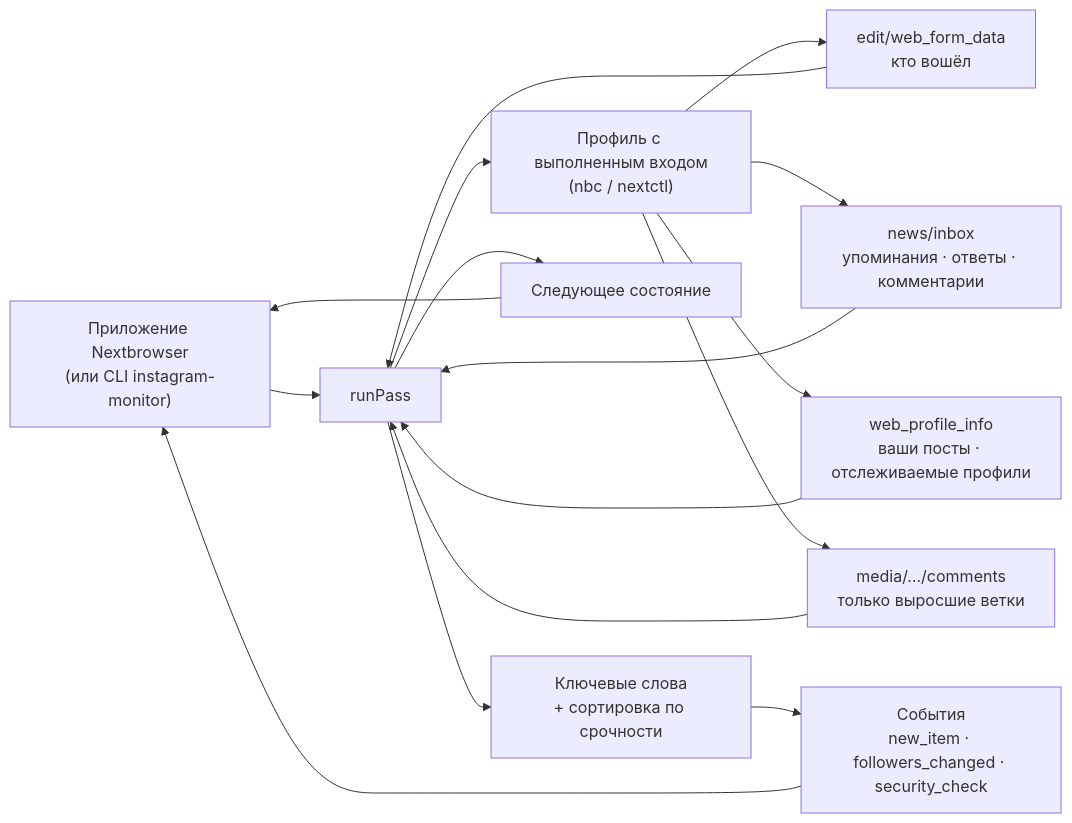
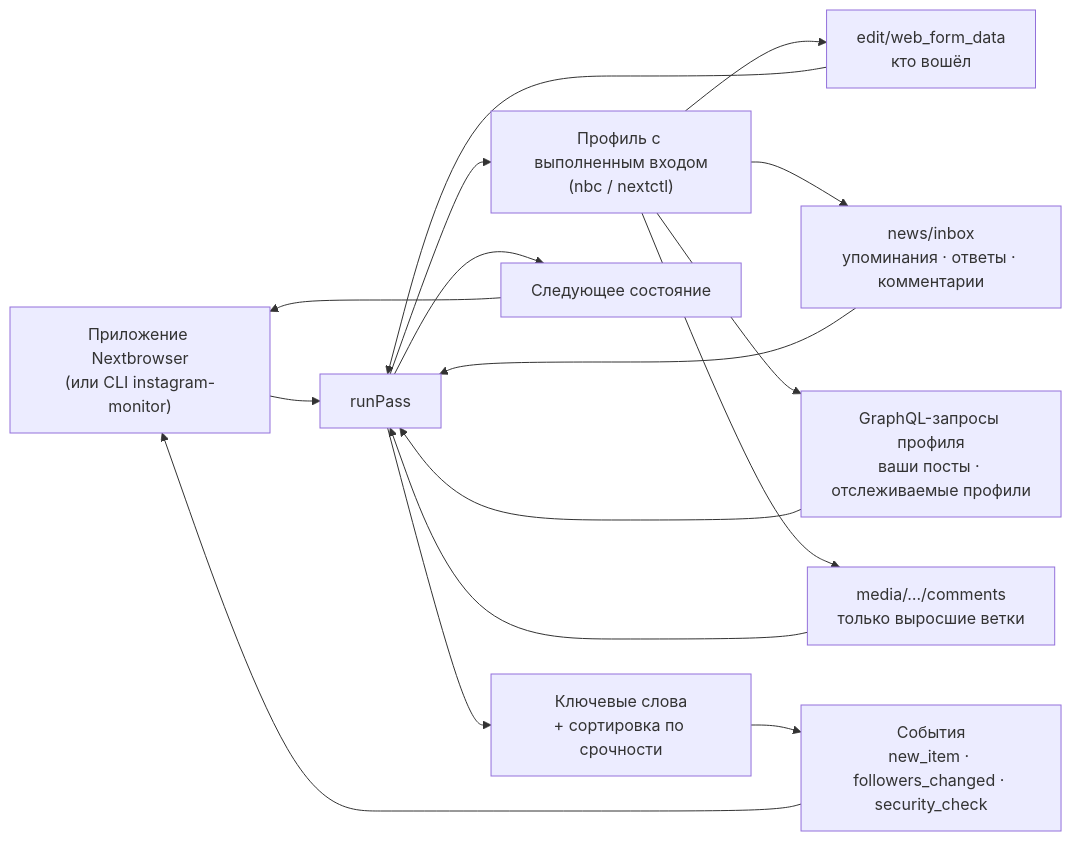
One commit to nextbrowser-oss/nextbrowser-instagram-monitoring changed the diagram in docs/i18n/ru/README.md. Above: the diagram before and after it, drawn with Mermaid. The commit also changed 7 other files, not shown here.

First line of the commit message:
fix: read profiles and tagged posts through Instagram's GraphQL queries

````diff
--- a/docs/i18n/ru/README.md
+++ b/docs/i18n/ru/README.md
@@ -159,18 +159,18 @@
 ```mermaid
 flowchart LR
   App["Приложение Nextbrowser<br/>(или CLI instagram-monitor)"] --> Pass["runPass"]
   Pass --> Browser["Профиль с выполненным входом<br/>(nbc / nextctl)"]
   Browser --> Me["edit/web_form_data<br/>кто вошёл"]
   Browser --> Activity["news/inbox<br/>упоминания · ответы · комментарии"]
-  Browser --> Profiles["web_profile_info<br/>ваши посты · отслеживаемые профили"]
+  Browser --> Profiles["GraphQL-запросы профиля<br/>ваши посты · отслеживаемые профили"]
   Browser --> Threads["media/…/comments<br/>только выросшие ветки"]
   Me --> Pass
   Activity --> Pass
   Profiles --> Pass
   Threads --> Pass
   Pass --> Triage["Ключевые слова<br/>+ сортировка по срочности"]
   Triage --> Events["События<br/>new_item · followers_changed · security_check"]
   Pass --> State["Следующее состояние"]
   Events --> App
   State --> App
 ```
````
